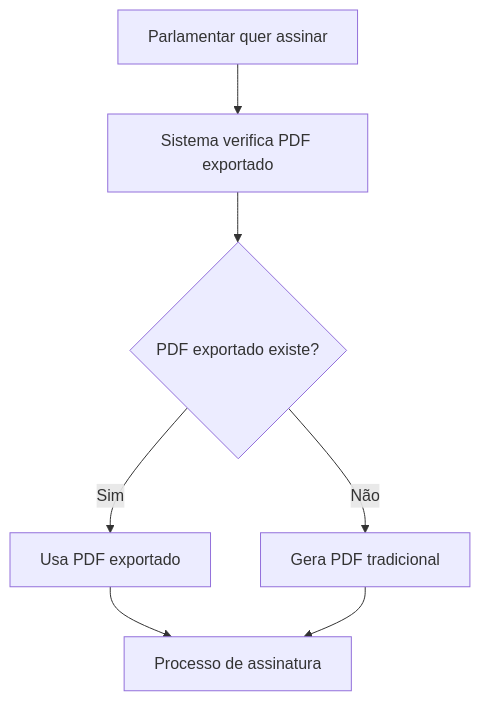
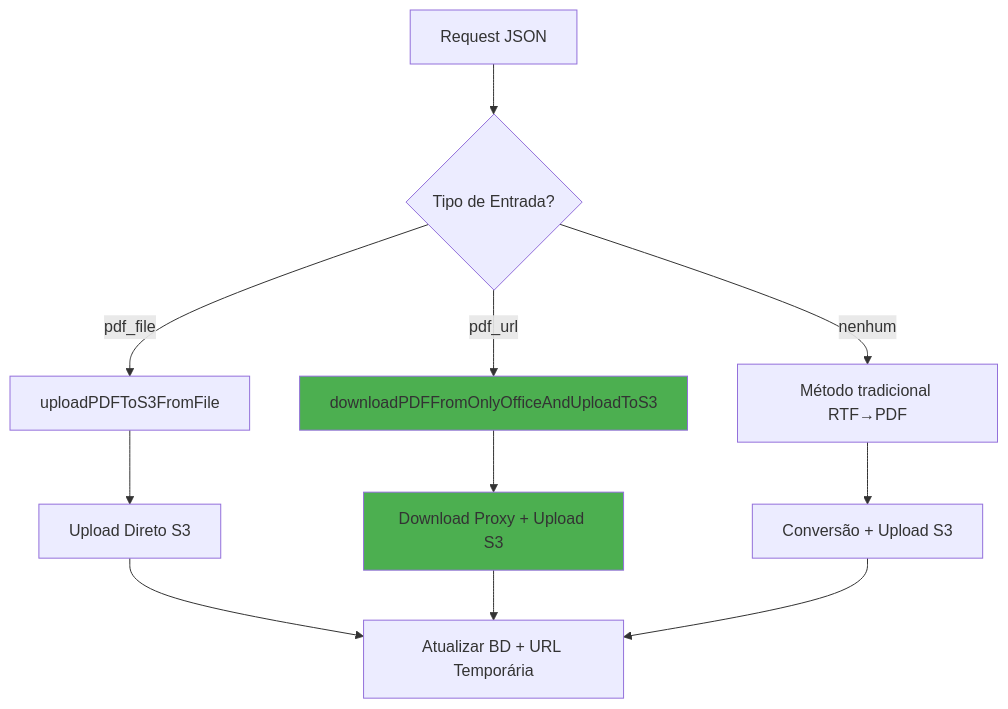
One commit to rangelbruno/legisinc-v3 changed the third of 3 diagrams in docs/EXPORTACAO-PDF-ONLYOFFICE.md. Above: the diagram before and after it, drawn with Mermaid. The commit also changed other lines of this file and 14 other files, not shown here.

Commit message:
fix(pdf): Fixed OnlyOffice PDF export with S3 storage integration

````diff
--- a/docs/EXPORTACAO-PDF-ONLYOFFICE.md
+++ b/docs/EXPORTACAO-PDF-ONLYOFFICE.md
@@ -304,9 +429,18 @@
 ```mermaid
 graph TD
-    A[Parlamentar quer assinar] --> B[Sistema verifica PDF exportado]
-    B --> C{PDF exportado existe?}
-    C -->|Sim| D[Usa PDF exportado]
-    C -->|Não| E[Gera PDF tradicional]
-    D --> F[Processo de assinatura]
-    E --> F
+    A[Request JSON] --> B{Tipo de Entrada?}
+    B -->|pdf_file| C[uploadPDFToS3FromFile]
+    B -->|pdf_url| D[downloadPDFFromOnlyOfficeAndUploadToS3]
+    B -->|nenhum| E[Método tradicional RTF→PDF]
+
+    C --> F[Upload Direto S3]
+    D --> G[Download Proxy + Upload S3]
+    E --> H[Conversão + Upload S3]
+
+    F --> I[Atualizar BD + URL Temporária]
+    G --> I
+    H --> I
+
+    style D fill:#4caf50
+    style G fill:#4caf50
 ```
````
